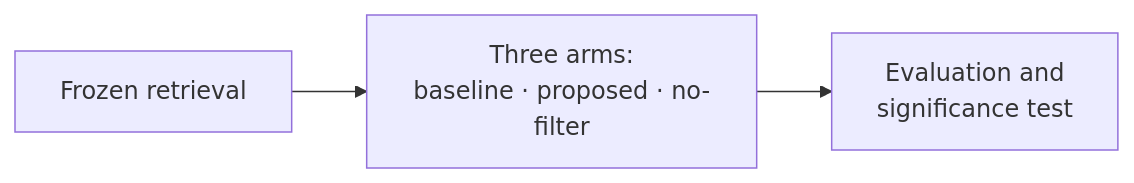
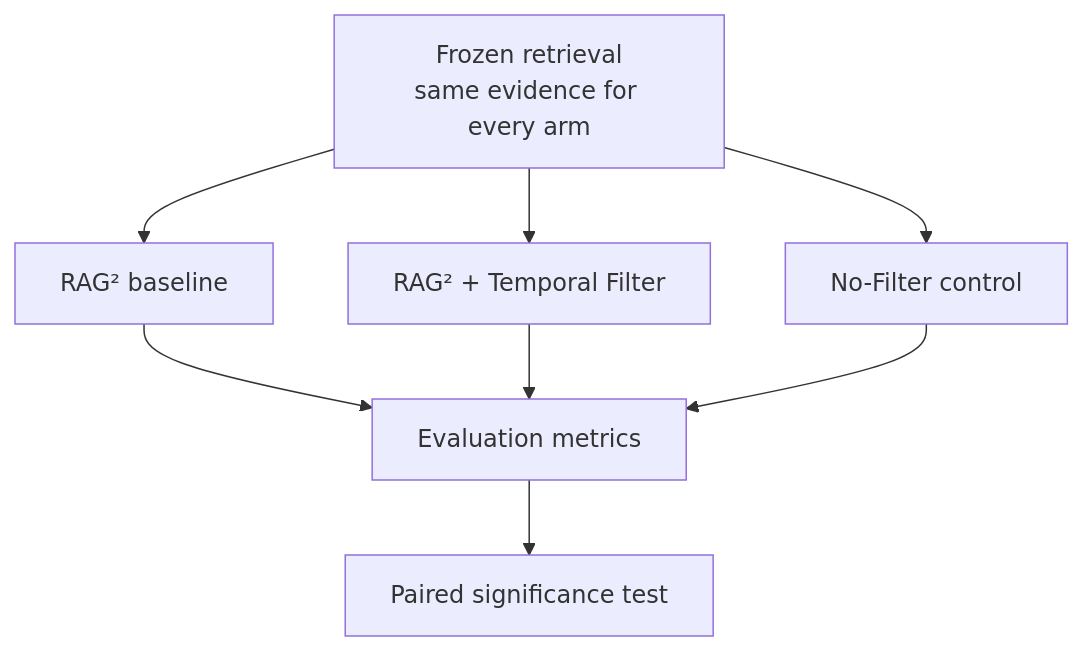
The diagram in README.md (MahwishZa/thesis_research), drawn with Mermaid before and after one commit. The commit also changed other lines of this file, not shown here.

Commit message:
Replace the methodology diagram with a clearer middle ground
The previous diagram (8 nodes, dashed validation/test-split cross-
links) was too confusing; the one before that (3 collapsed nodes) lost
useful structure. This version shows the three arms explicitly
(RAG2 baseline / RAG2 + Temporal Filter / No-Filter control) converging
on one evaluation step and one significance test, with no dashed lines
and a single top-down flow. The ablation (lambda=0) and the
validation/test split are now a plain sentence underneath rather than
diagram edges, since they were what made the previous version hard to
read at a glance.

````diff
--- a/README.md
+++ b/README.md
@@ -60,5 +60,11 @@
 ```mermaid
-flowchart LR
-    A[Frozen retrieval] --> B[Three arms:<br/>baseline · proposed · no-filter]
-    B --> C[Evaluation and<br/>significance test]
+flowchart TD
+    R[Frozen retrieval<br/>same evidence for every arm]
+    R --> A1[RAG² baseline]
+    R --> A2[RAG² + Temporal Filter]
+    R --> A3[No-Filter control]
+    A1 --> E[Evaluation metrics]
+    A2 --> E
+    A3 --> E
+    E --> S[Paired significance test]
 ```
````
